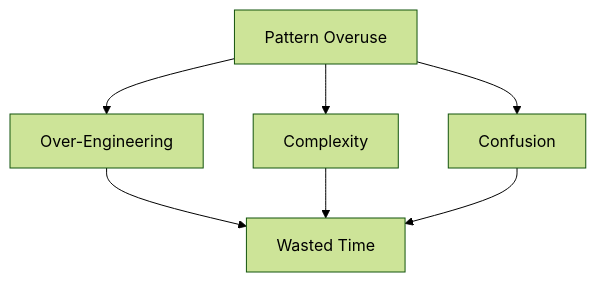
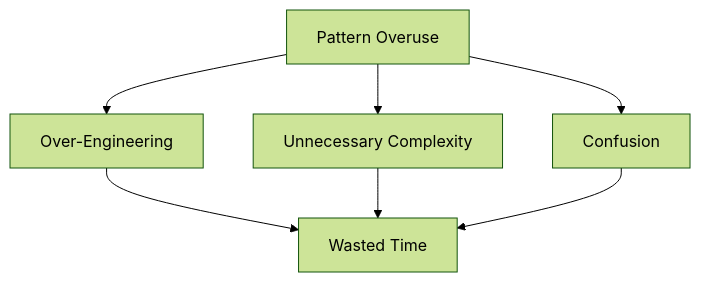
The tenth of 13 diagrams in docs/design-patterns-introduction.md (pankaj139/lld-solutions), drawn with Mermaid (forest theme) before and after one commit. The commit also changed other lines of this file, not shown here.

````diff
--- a/docs/design-patterns-introduction.md
+++ b/docs/design-patterns-introduction.md
@@ -813,10 +1006,10 @@
 ```mermaid
 graph TD
     A[Pattern Overuse] --> B[Over-Engineering]
-    A --> C[Complexity]
+    A --> C[Unnecessary Complexity]
     A --> D[Confusion]
     
     B --> E[Wasted Time]
     C --> E
     D --> E
 ```
````
